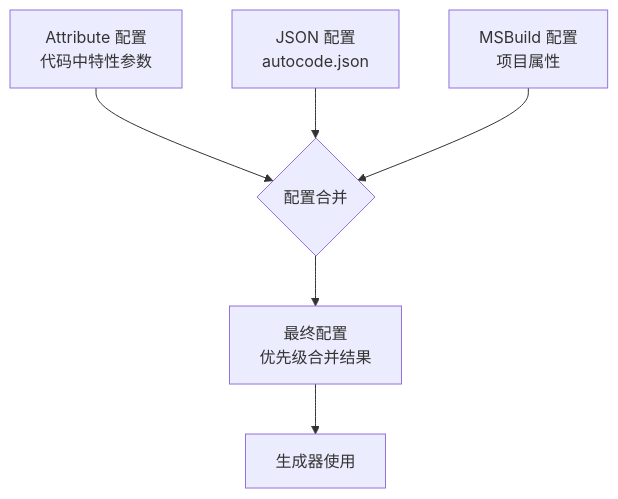
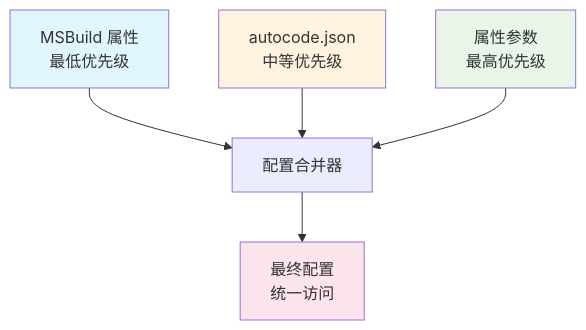
One commit to alivy/AutoCode changed the second of 2 diagrams in .qoder/repowiki/zh/content/源代码生成器/生成器配置/生成器配置.md. Above: the diagram before and after it, drawn with Mermaid. The commit also changed other lines of this file and 183 other files, not shown here.

````diff
--- a/.qoder/repowiki/zh/content/源代码生成器/生成器配置/生成器配置.md
+++ b/.qoder/repowiki/zh/content/源代码生成器/生成器配置/生成器配置.md
@@ -242,8 +245,11 @@
 ```mermaid
 flowchart TD
-Attr["Attribute 配置<br/>代码中特性参数"] --> Merge{"配置合并"}
-Json["JSON 配置<br/>autocode.json"] --> Merge
-MSBuild["MSBuild 配置<br/>项目属性"] --> Merge
-Merge --> Result["最终配置<br/>优先级合并结果"]
-Result --> Generator["生成器使用"]
+A["MSBuild 属性<br/>最低优先级"] --> D["配置合并器"]
+B["autocode.json<br/>中等优先级"] --> D
+C["属性参数<br/>最高优先级"] --> D
+D --> E["最终配置<br/>统一访问"]
+style A fill:#e1f5fe
+style B fill:#fff3e0
+style C fill:#e8f5e8
+style E fill:#fce4ec
 ```
````
